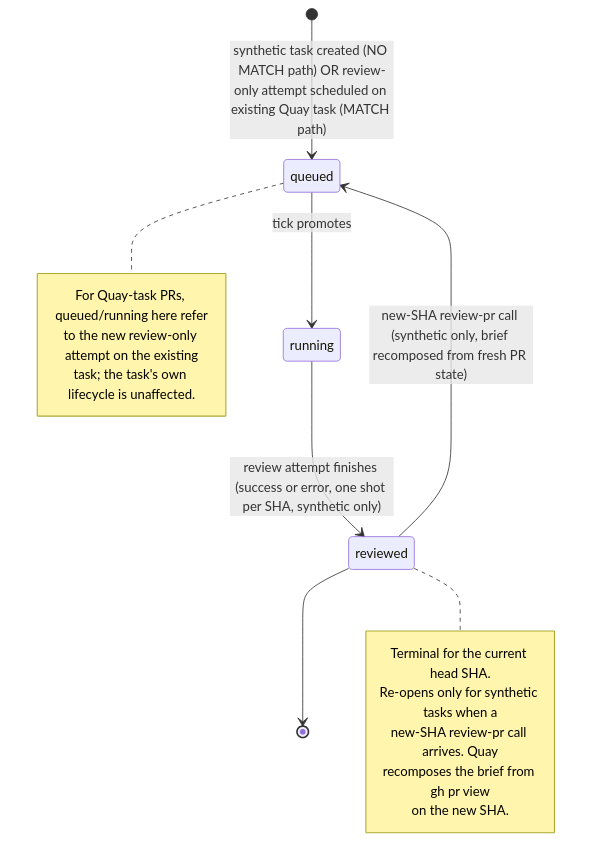
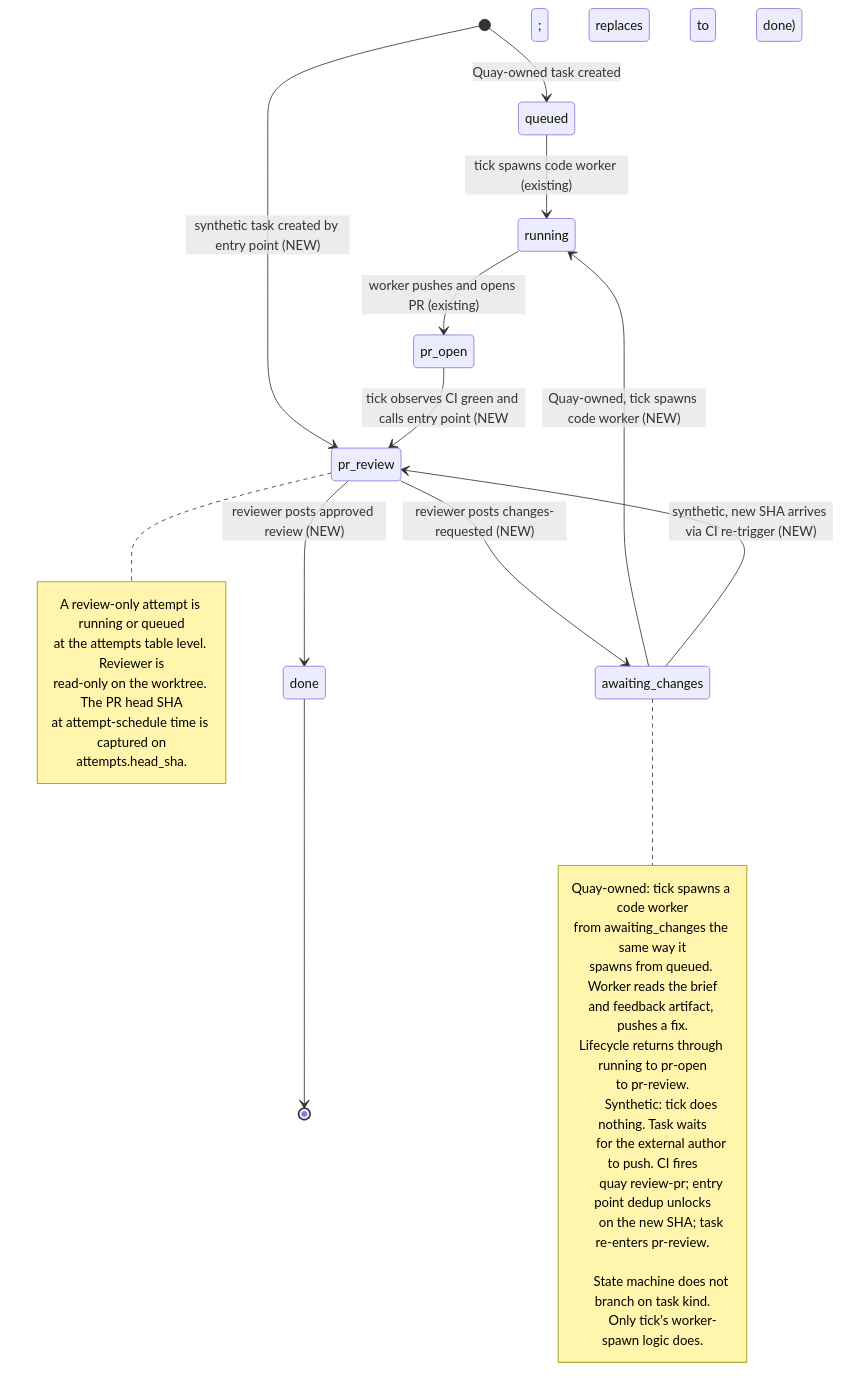
One commit to InverterNetwork/quay changed the second of 2 diagrams in docs/quay-spec-pr-review.md. Above: the diagram before and after it, drawn with Mermaid. The commit also changed other lines of this file and 4 other files, not shown here.

First line of the commit message:
Rewrite PR-review spec around first-class pr-review task state

````diff
--- a/docs/quay-spec-pr-review.md
+++ b/docs/quay-spec-pr-review.md
@@ -102,22 +99,38 @@
 ```mermaid
 stateDiagram-v2
-    [*] --> queued: synthetic task created (NO MATCH path) OR review-only attempt scheduled on existing Quay task (MATCH path)
-    queued --> running: tick promotes
-    running --> reviewed: review attempt finishes (success or error, one shot per SHA, synthetic only)
-    reviewed --> queued: new-SHA review-pr call (synthetic only, brief recomposed from fresh PR state)
-    reviewed --> [*]
+    [*] --> queued: Quay-owned task created
+    [*] --> pr_review: synthetic task created by entry point (NEW)
+    queued --> running: tick spawns code worker (existing)
+    running --> pr_open: worker pushes and opens PR (existing)
+    pr_open --> pr_review: tick observes CI green and calls entry point (NEW; replaces pr_open to done)
+    pr_review --> done: reviewer posts approved review (NEW)
+    pr_review --> awaiting_changes: reviewer posts changes-requested (NEW)
+    awaiting_changes --> running: Quay-owned, tick spawns code worker (NEW)
+    awaiting_changes --> pr_review: synthetic, new SHA arrives via CI re-trigger (NEW)
+    done --> [*]
 
-    note right of queued
-        For Quay-task PRs, queued/running here refer
-        to the new review-only attempt on the existing
-        task; the task's own lifecycle is unaffected.
+    note right of awaiting_changes
+      Quay-owned: tick spawns a code worker
+      from awaiting_changes the same way it
+      spawns from queued. Worker reads the brief
+      and feedback artifact, pushes a fix.
+      Lifecycle returns through running to pr-open
+      to pr-review.
+
+      Synthetic: tick does nothing. Task waits
+      for the external author to push. CI fires
+      quay review-pr; entry point dedup unlocks
+      on the new SHA; task re-enters pr-review.
+
+      State machine does not branch on task kind.
+      Only tick's worker-spawn logic does.
     end note
 
-    note right of reviewed
-        Terminal for the current head SHA.
-        Re-opens only for synthetic tasks when a
-        new-SHA review-pr call arrives. Quay
-        recomposes the brief from gh pr view
-        on the new SHA.
+    note right of pr_review
+      A review-only attempt is running or queued
+      at the attempts table level. Reviewer is
+      read-only on the worktree. The PR head SHA
+      at attempt-schedule time is captured on
+      attempts.head_sha.
     end note
 ```
````
